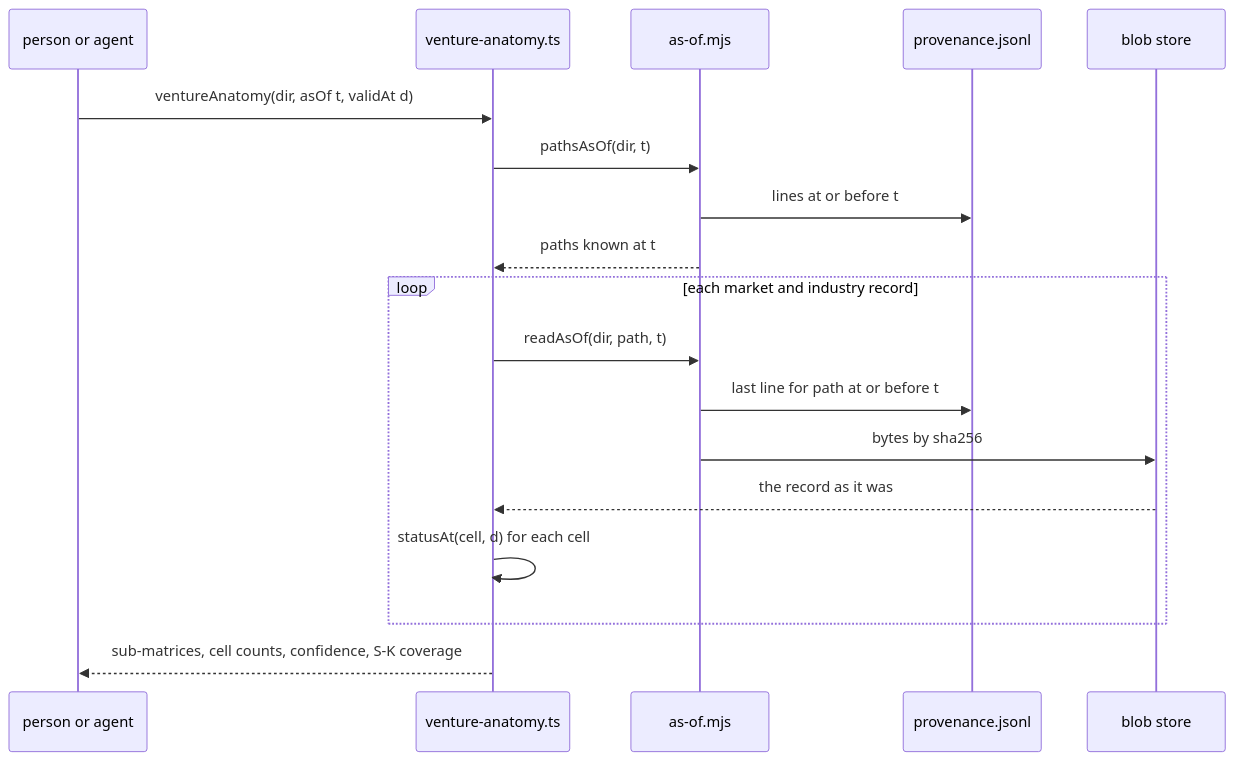
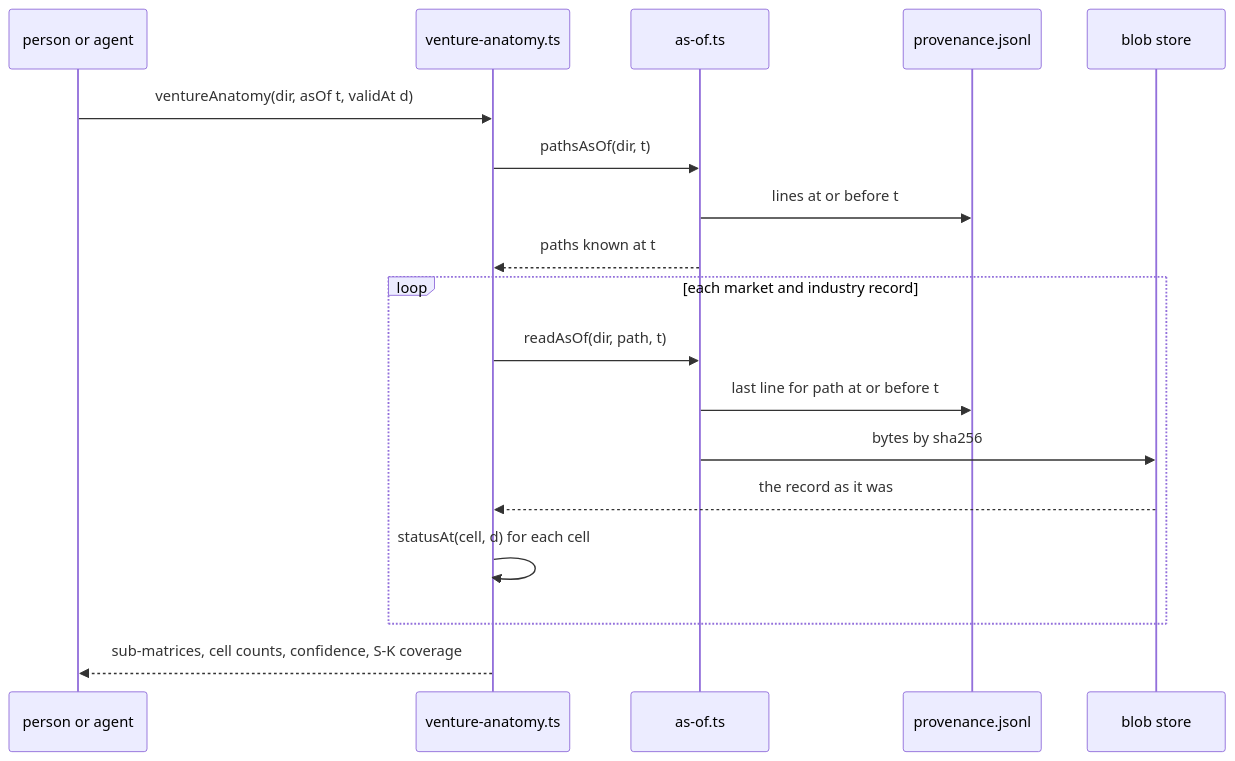
The second of 3 diagrams in docs/design/VENTURE_ANATOMY_MATRIX_2026-11-22.md (tchjhnsn/Naive), drawn with Mermaid before and after one commit. The commit also changed other lines of this file and 895 other files, not shown here.

````diff
--- a/docs/design/VENTURE_ANATOMY_MATRIX_2026-11-22.md
+++ b/docs/design/VENTURE_ANATOMY_MATRIX_2026-11-22.md
@@ -131,20 +131,20 @@
 ```mermaid
 sequenceDiagram
   participant P as person or agent
   participant VA as venture-anatomy.ts
-  participant AO as as-of.mjs
+  participant AO as as-of.ts
   participant PL as provenance.jsonl
   participant BS as blob store
   P->>VA: ventureAnatomy(dir, asOf t, validAt d)
   VA->>AO: pathsAsOf(dir, t)
   AO->>PL: lines at or before t
   AO-->>VA: paths known at t
   loop each market and industry record
     VA->>AO: readAsOf(dir, path, t)
     AO->>PL: last line for path at or before t
     AO->>BS: bytes by sha256
     BS-->>VA: the record as it was
     VA->>VA: statusAt(cell, d) for each cell
   end
   VA-->>P: sub-matrices, cell counts, confidence, S-K coverage
 ```
````
